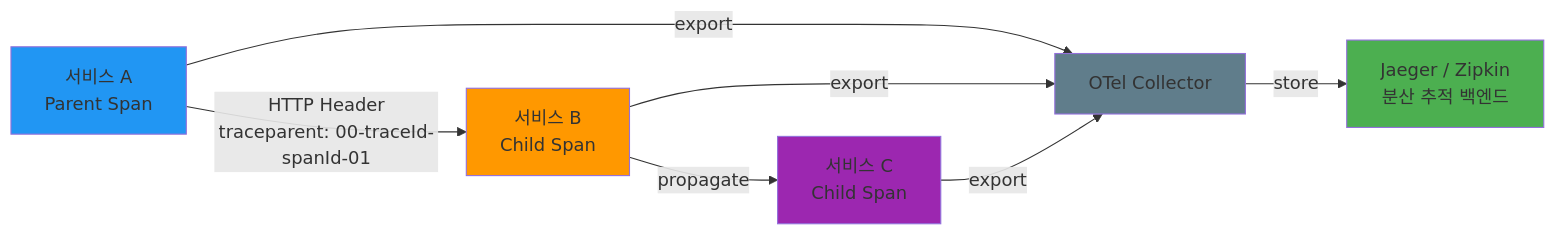
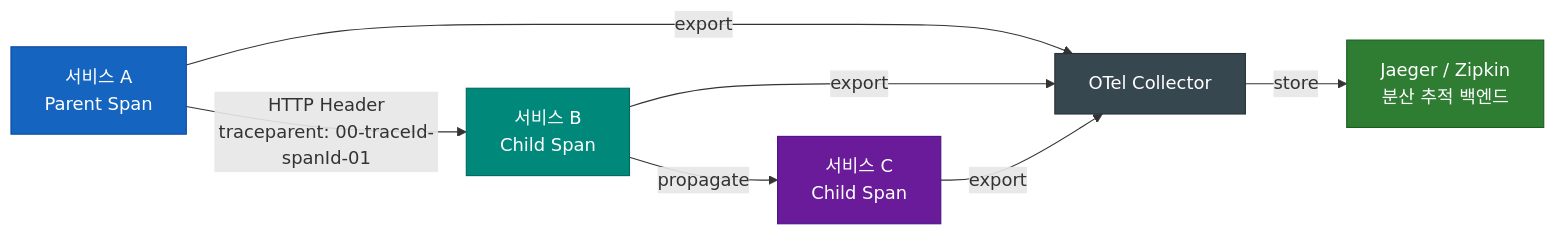
One commit to bluetape4k/bluetape4k-projects changed the fourth of 4 diagrams in infra/opentelemetry/README.ko.md. Above: the diagram before and after it, drawn with Mermaid. The commit also changed other lines of this file and 221 other files, not shown here.

First line of the commit message:
docs: 전체 모듈 README UML 다이어그램 보강 및 색상 업그레이드

````diff
--- a/infra/opentelemetry/README.ko.md
+++ b/infra/opentelemetry/README.ko.md
@@ -376,17 +404,21 @@
 ```mermaid
 flowchart LR
     ServiceA[서비스 A<br/>Parent Span] -->|HTTP Header<br/>traceparent: 00-traceId-spanId-01| ServiceB[서비스 B<br/>Child Span]
     ServiceB -->|propagate| ServiceC[서비스 C<br/>Child Span]
 
     ServiceA -->|export| Collector[OTel Collector]
     ServiceB -->|export| Collector
     ServiceC -->|export| Collector
 
     Collector -->|store| Backend[Jaeger / Zipkin<br/>분산 추적 백엔드]
 
-    style ServiceA fill:#2196F3
-    style ServiceB fill:#FF9800
-    style ServiceC fill:#9C27B0
-    style Backend fill:#4CAF50
-    style Collector fill:#607D8B
+    classDef serviceStyle fill:#1565C0,stroke:#0D47A1,color:#FFFFFF
+    classDef collectorStyle fill:#37474F,stroke:#263238,color:#FFFFFF
+    classDef backendStyle fill:#2E7D32,stroke:#1B5E20,color:#FFFFFF
+
+    style ServiceA fill:#1565C0,stroke:#0D47A1,color:#FFFFFF
+    style ServiceB fill:#00897B,stroke:#00695C,color:#FFFFFF
+    style ServiceC fill:#6A1B9A,stroke:#4A148C,color:#FFFFFF
+    style Collector fill:#37474F,stroke:#263238,color:#FFFFFF
+    style Backend fill:#2E7D32,stroke:#1B5E20,color:#FFFFFF
 ```
````
